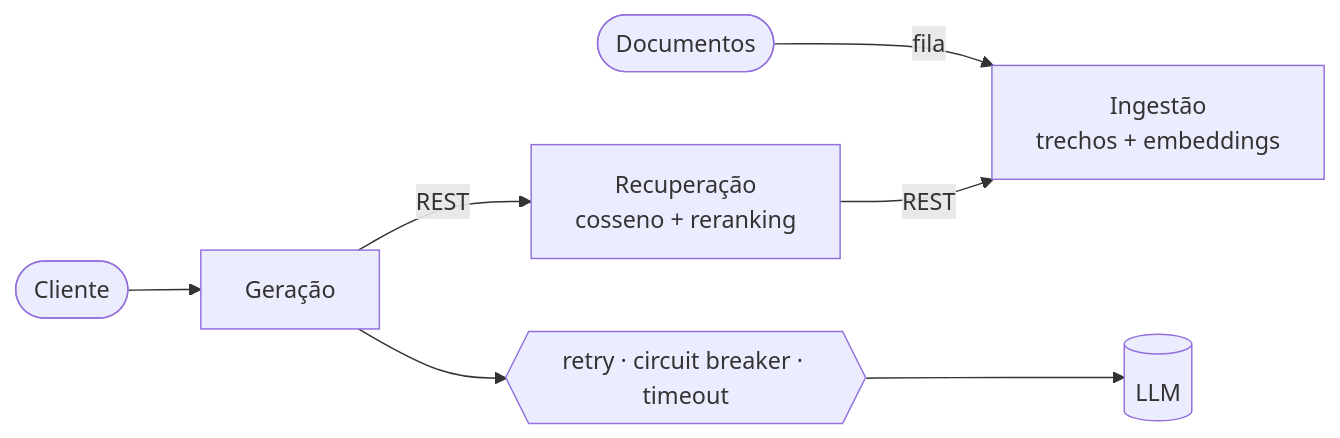
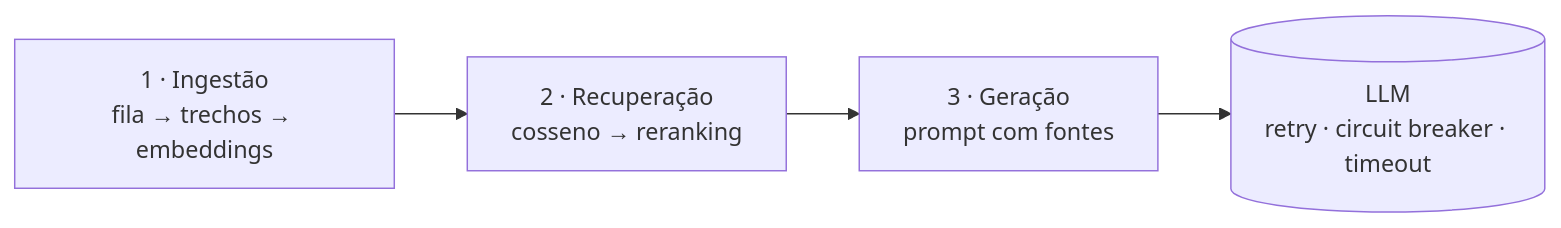
One commit to Andre-Quintela/Andre-Quintela changed the diagram in README.md. Above: the diagram before and after it, drawn with Mermaid. The commit also changed other lines of this file, not shown here.

Commit message:
Simplifica diagrama do RAG e tabelas do README

````diff
--- a/README.md
+++ b/README.md
@@ -28,9 +28,6 @@
 ```mermaid
 flowchart LR
-    C([Cliente]) --> G[Geração]
-    D([Documentos]) -- fila --> I[Ingestão<br/>trechos + embeddings]
-    G -- REST --> R[Recuperação<br/>cosseno + reranking]
-    R -- REST --> I
-    G --> CB{{retry · circuit breaker · timeout}}
-    CB --> L[(LLM)]
+    I["1 · Ingestão<br/>fila → trechos → embeddings"] --> R["2 · Recuperação<br/>cosseno → reranking"]
+    R --> G["3 · Geração<br/>prompt com fontes"]
+    G --> L[("LLM<br/>retry · circuit breaker · timeout")]
 ```
````
